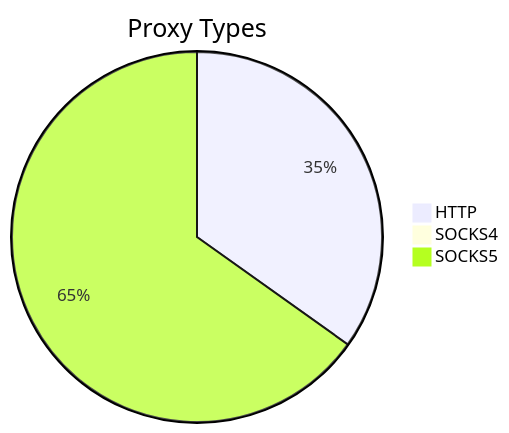
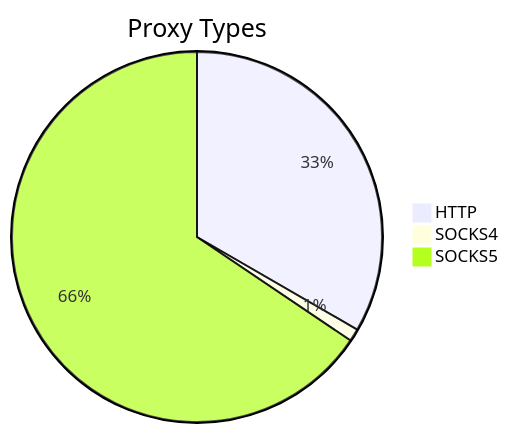
The first of 2 diagrams in README.md (stormsia/proxy-list), drawn with Mermaid before and after one commit. The commit also changed other lines of this file, not shown here.

````diff
--- a/README.md
+++ b/README.md
@@ -21,6 +21,6 @@
 ```mermaid
 pie title Proxy Types
-    "HTTP" : 1297
-    "SOCKS4" : 18
-    "SOCKS5" : 2424
+    "HTTP" : 2027
+    "SOCKS4" : 67
+    "SOCKS5" : 3986
 ```
````
